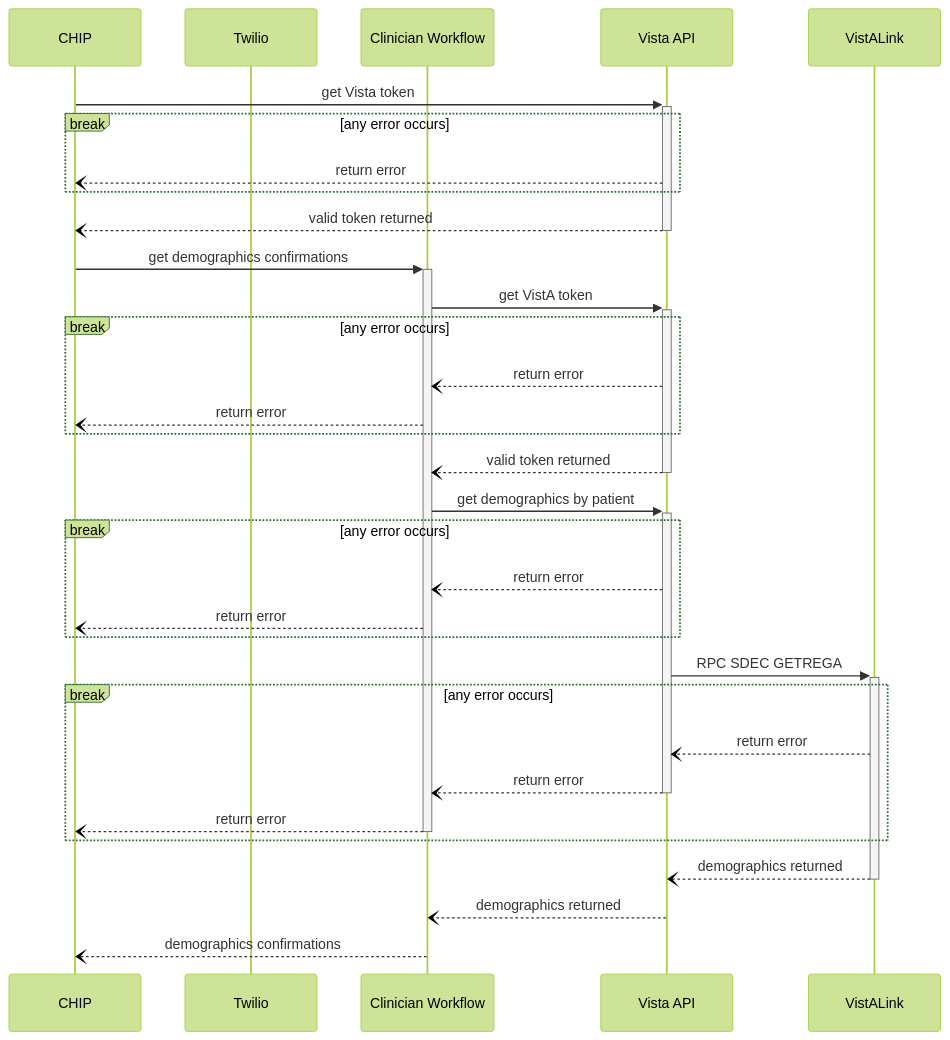
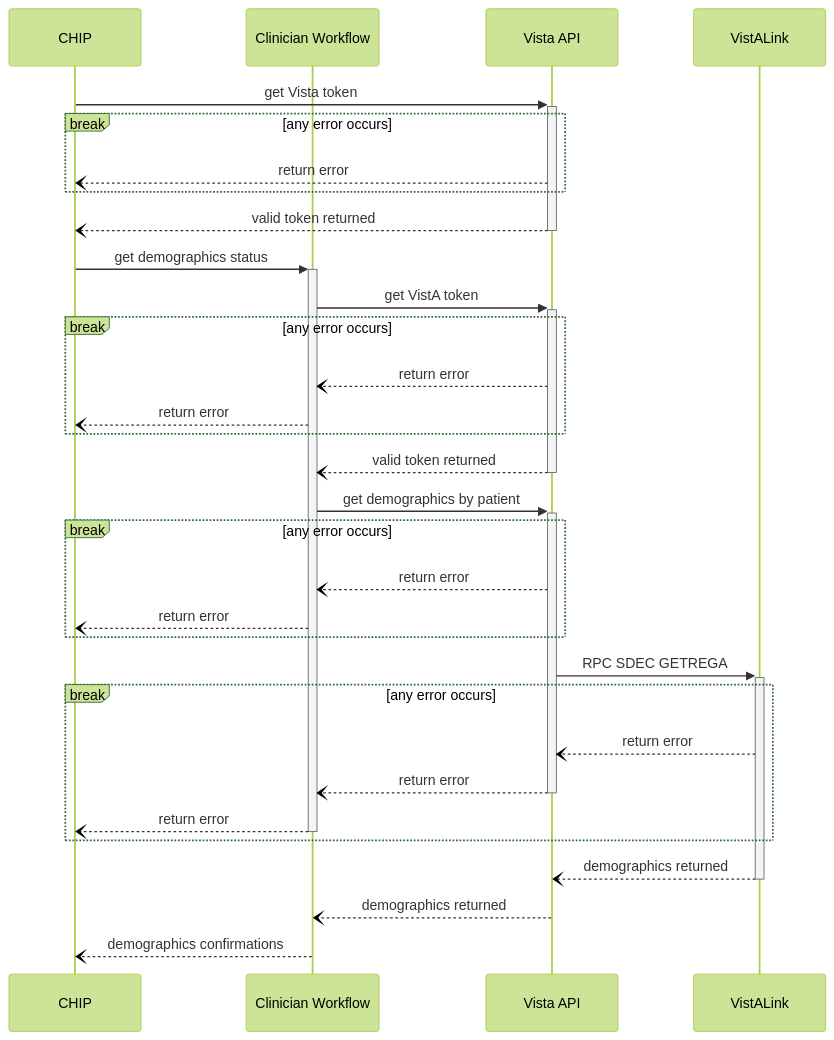
The second of 5 diagrams in products/health-care/checkin/engineering/architecture-diagrams/sequenceDiagram_checkInExp.md (department-of-veterans-affairs/va.gov-team), drawn with Mermaid (forest theme) before and after one commit. The commit also changed other lines of this file, not shown here.

````diff
--- a/products/health-care/checkin/engineering/architecture-diagrams/sequenceDiagram_checkInExp.md
+++ b/products/health-care/checkin/engineering/architecture-diagrams/sequenceDiagram_checkInExp.md
@@ -120,46 +123,45 @@
 ```mermaid
 sequenceDiagram
   participant c as CHIP
-  participant t as Twilio
   participant cw as Clinician Workflow
   participant va as Vista API
   participant val as VistALink
 
   c->>+va: get Vista token
 
   break any error occurs
     va--)c: return error
   end
 
   va--)-c: valid token returned
 
-  c->>+cw: get demographics confirmations
+  c->>+cw: get demographics status
 
   cw->>+va: get VistA token
 
   break any error occurs
     va--)cw: return error
     cw--)c: return error
   end
 
   va--)-cw: valid token returned
 
   cw->>+va: get demographics by patient
 
   break any error occurs
     va--)cw: return error
     cw--)c: return error
   end
 
   va->>+val: RPC SDEC GETREGA
 
   break any error occurs
     val--)va: return error
     va--)-cw: return error
     cw--)-c: return error
   end
 
   val--)-va: demographics returned
   va--)cw: demographics returned
   cw--)c: demographics confirmations
 ```
````
